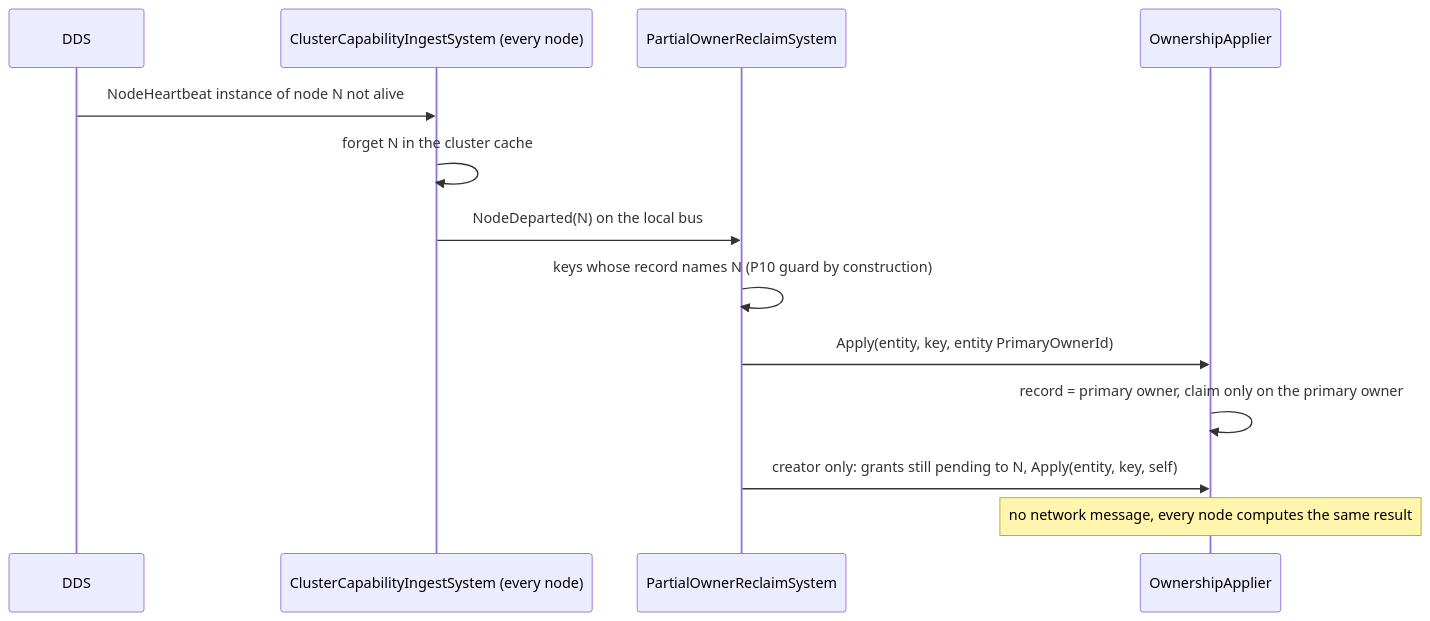
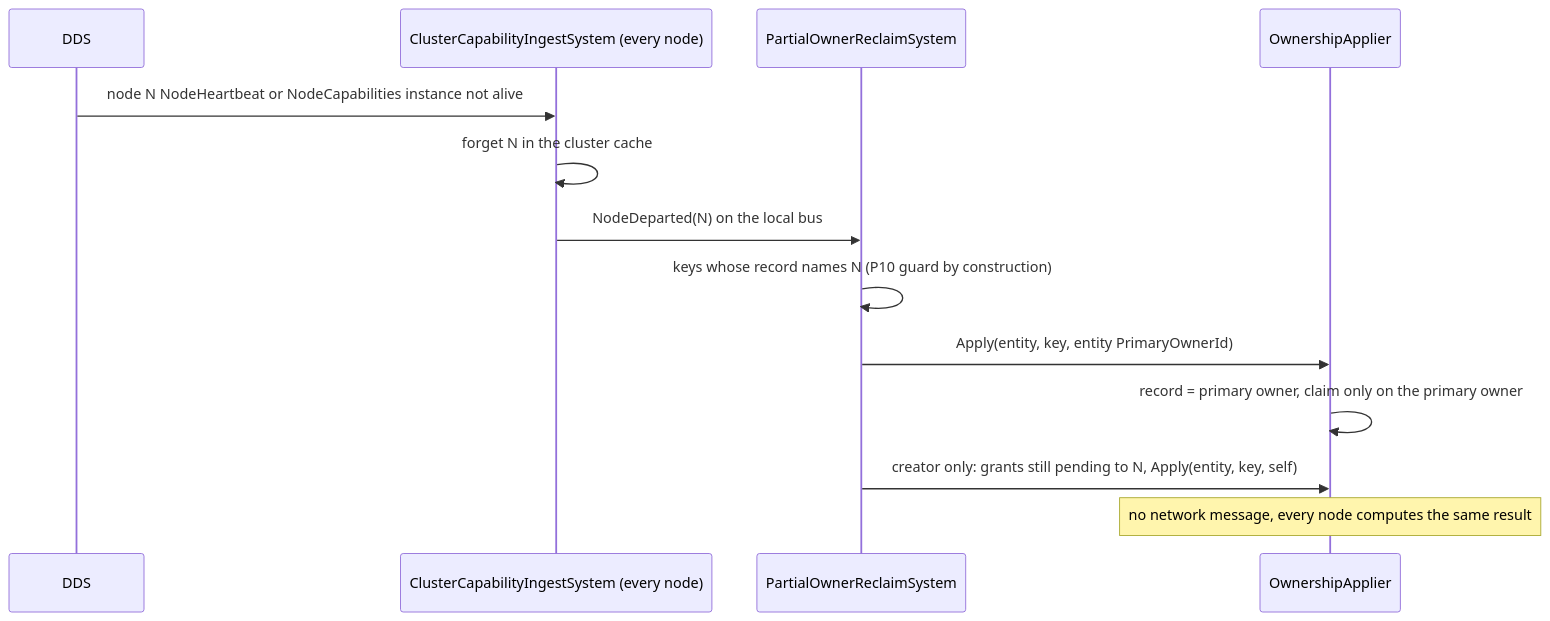
One commit to pjanec/HROT changed the fourth of 5 diagrams in docs/DESIGN_Ownership_Groups_And_Grants.md. Above: the diagram before and after it, drawn with Mermaid. The commit also changed other lines of this file and 3 other files, not shown here.

First line of the commit message:
S7: departure is also detected on the durable NodeCapabilities instance (the reliable half of the signal), once per departure

````diff
--- a/docs/DESIGN_Ownership_Groups_And_Grants.md
+++ b/docs/DESIGN_Ownership_Groups_And_Grants.md
@@ -319,15 +319,15 @@
 ```mermaid
 sequenceDiagram
   participant W as DDS
   participant I as ClusterCapabilityIngestSystem (every node)
   participant R as PartialOwnerReclaimSystem
   participant A as OwnershipApplier
-  W->>I: NodeHeartbeat instance of node N not alive
+  W->>I: node N NodeHeartbeat or NodeCapabilities instance not alive
   I->>I: forget N in the cluster cache
   I->>R: NodeDeparted(N) on the local bus
   R->>R: keys whose record names N (P10 guard by construction)
   R->>A: Apply(entity, key, entity PrimaryOwnerId)
   A->>A: record = primary owner, claim only on the primary owner
   R->>A: creator only: grants still pending to N, Apply(entity, key, self)
   Note over A: no network message, every node computes the same result
 ```
````
